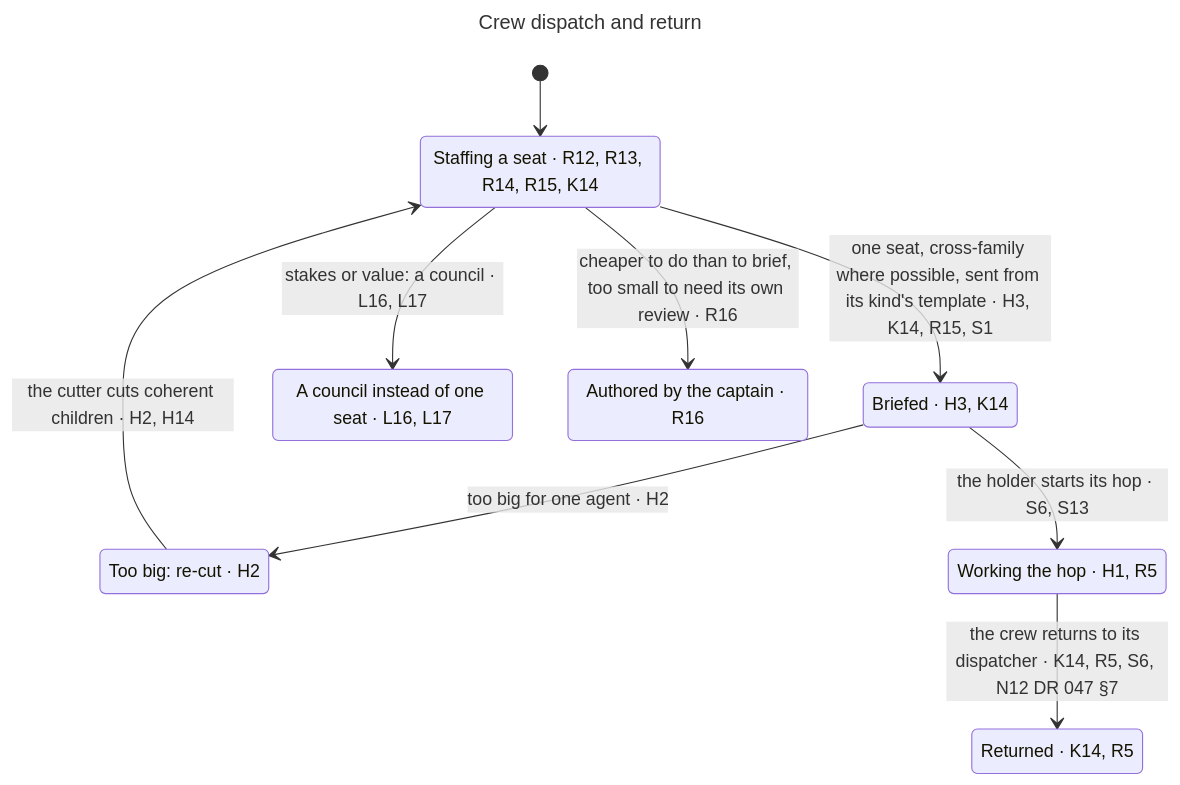
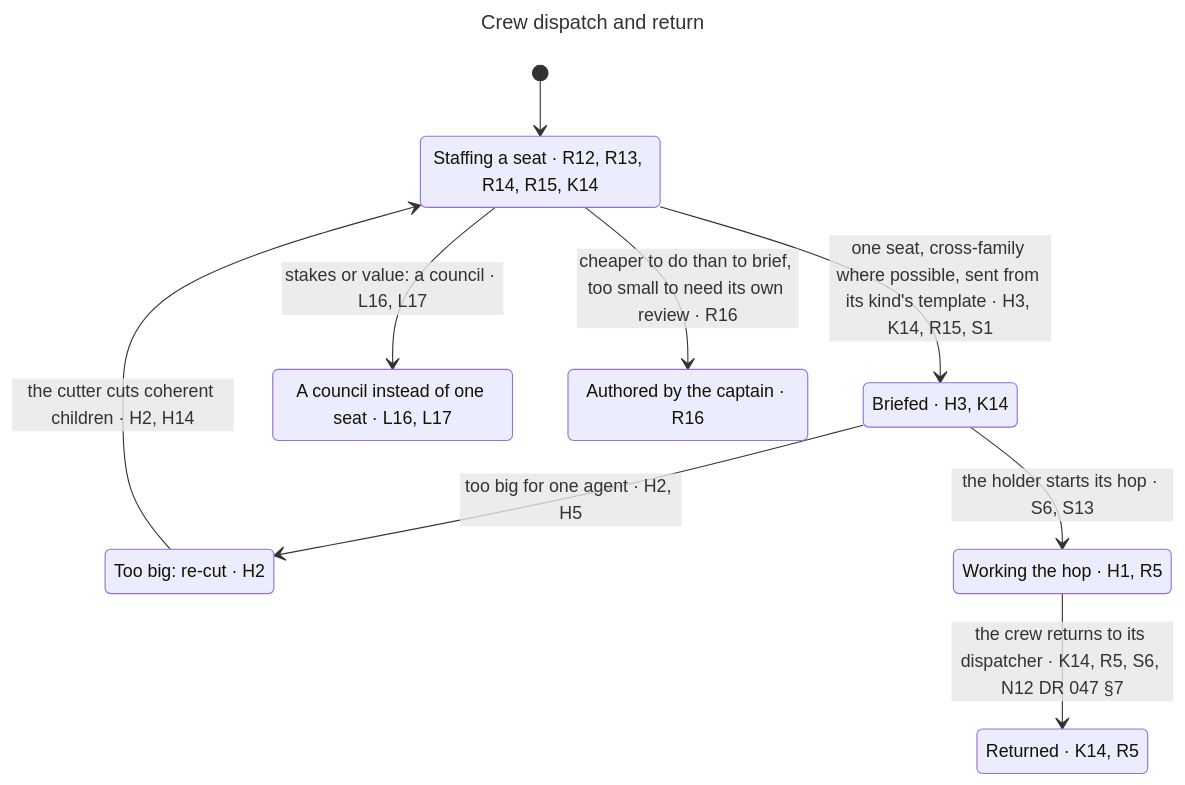
The diagram in claims/statechart/dispatch/chart.mmd (BalazsOrg/dydo), drawn with Mermaid before and after one commit. The commit also changed 8 other files, not shown here.

```diff
--- a/claims/statechart/dispatch/chart.mmd
+++ b/claims/statechart/dispatch/chart.mmd
@@ -1,19 +1,19 @@
 ---
 title: "Crew dispatch and return"
 ---
 stateDiagram-v2
   s0: Staffing a seat #183; R12, R13, R14, R15, K14
   s1: Briefed #183; H3, K14
   s2: A council instead of one seat #183; L16, L17
   s3: Authored by the captain #183; R16
   s4: Too big: re-cut #183; H2
   s5: Working the hop #183; H1, R5
   s6: Returned #183; K14, R5
   [*] --> s0
   s0 --> s1: one seat, cross-family where possible, sent from its kind's template #183; H3, K14, R15, S1
   s0 --> s2: stakes or value: a council #183; L16, L17
   s0 --> s3: cheaper to do than to brief, too small to need its own review #183; R16
-  s1 --> s4: too big for one agent #183; H2
+  s1 --> s4: too big for one agent #183; H2, H5
   s1 --> s5: the holder starts its hop #183; S6, S13
   s4 --> s0: the cutter cuts coherent children #183; H2, H14
   s5 --> s6: the crew returns to its dispatcher #183; K14, R5, S6, N12 DR 047 #167;7
```
